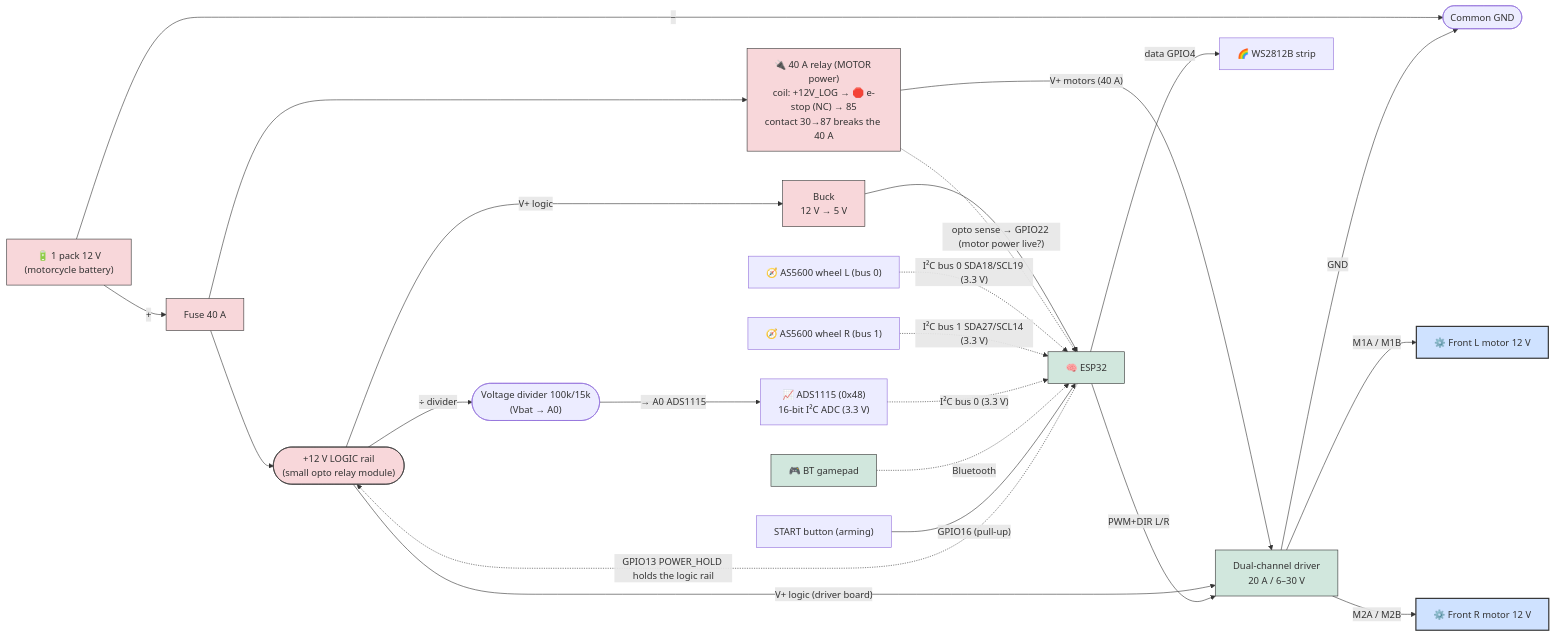
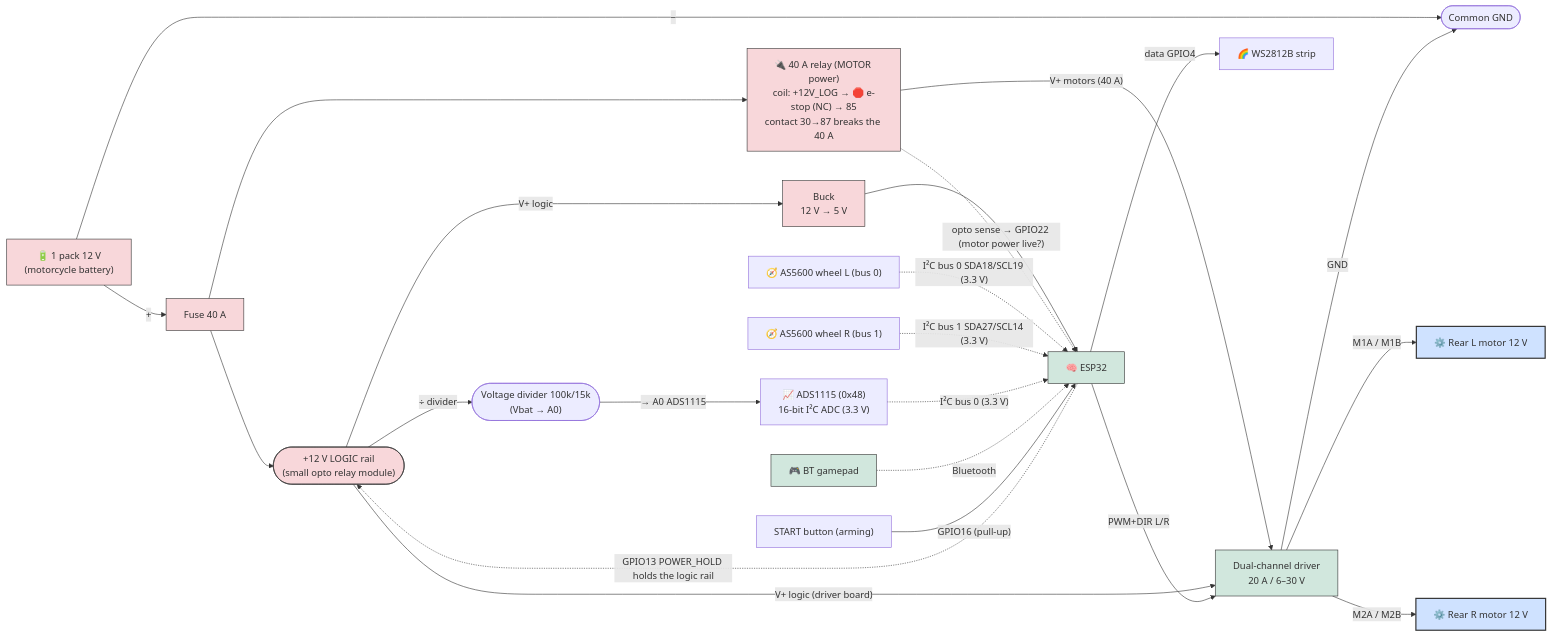
Before and after one commit to pinkymaxou/powered-soapbox-car: the sixth of 9 diagrams in README.md, drawn with Mermaid. The commit also changed other lines of this file and 9 other files, not shown here.

````diff
--- a/README.md
+++ b/README.md
@@ -438,52 +439,52 @@
 ```mermaid
 flowchart LR
     BATT["🔋 1 pack 12 V<br/>(motorcycle battery)"]
     FUSE["Fuse 40 A"]
     RAIL(["+12 V LOGIC rail<br/>(small opto relay module)"])
     SW["🔌 40 A relay (MOTOR power)<br/>coil: +12V_LOG → 🛑 e-stop (NC) → 85<br/>contact 30→87 breaks the 40 A"]
     GNDC(["Common GND"])
     BUCK["Buck<br/>12 V → 5 V"]
     ESP["🧠 ESP32"]
     PAD["🎮 BT gamepad"]
     DRV["Dual-channel driver<br/>20 A / 6–30 V"]
-    M1["⚙️ Front L motor 12 V"]
-    M2["⚙️ Front R motor 12 V"]
+    M1["⚙️ Rear L motor 12 V"]
+    M2["⚙️ Rear R motor 12 V"]
     ADS["📈 ADS1115 (0x48)<br/>16-bit I²C ADC (3.3 V)"]
     EG["🧭 AS5600 wheel L (bus 0)"]
     ED["🧭 AS5600 wheel R (bus 1)"]
     DIVB(["Voltage divider 100k/15k<br/>(Vbat → A0)"])
     BTN["START button (arming)"]
     WS["🌈 WS2812B strip"]
 
     %% Power: two rails — the small module holds the LOGIC, the 40 A relay feeds the MOTORS
     BATT -- "+" --> FUSE --> RAIL
     FUSE --> SW
     SW -- "V+ motors (40 A)" --> DRV
     RAIL -- "V+ logic (driver board)" --> DRV
     RAIL -- "V+ logic" --> BUCK --> ESP
     BATT -- "−" --> GNDC
     DRV -- "GND" --> GNDC
     ESP -. "GPIO13 POWER_HOLD holds the logic rail" .-> RAIL
     SW -. "opto sense → GPIO22 (motor power live?)" .-> ESP
 
     %% Motor outputs + speed feedback
     DRV -- "M1A / M1B" --> M1
     DRV -- "M2A / M2B" --> M2
     EG -. "I²C bus 0 SDA18/SCL19 (3.3 V)" .-> ESP
     ED -. "I²C bus 1 SDA27/SCL14 (3.3 V)" .-> ESP
     ADS -. "I²C bus 0 (3.3 V)" .-> ESP
 
     %% Signals
     PAD -. "Bluetooth" .-> ESP
     ESP -- "PWM+DIR L/R" --> DRV
     RAIL -- "÷ divider" --> DIVB -- "→ A0 ADS1115" --> ADS
     BTN -- "GPIO16 (pull-up)" --> ESP
     ESP -- "data GPIO4" --> WS
 
     classDef pwr fill:#f8d7da,stroke:#333;
     classDef ctrl fill:#d1e7dd,stroke:#333;
     classDef mot fill:#cfe2ff,stroke:#333,stroke-width:2px;
     class BATT,FUSE,RAIL,SW,BUCK pwr;
     class ESP,DRV,PAD ctrl;
     class M1,M2 mot;
 ```
````
